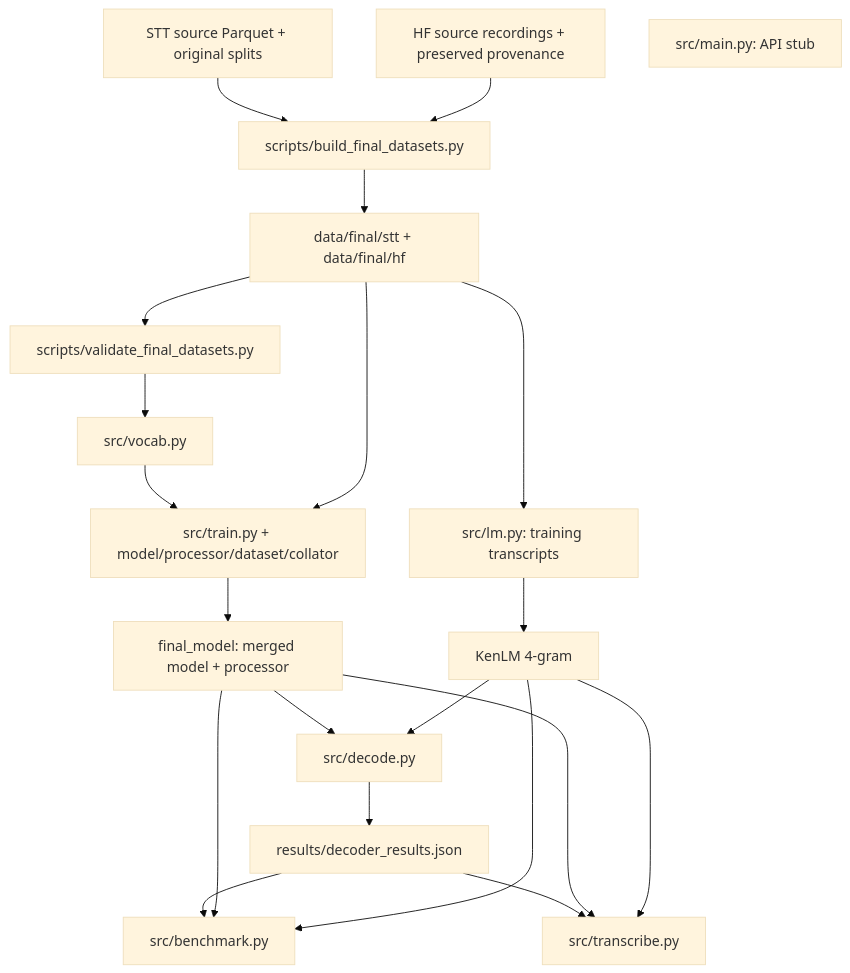
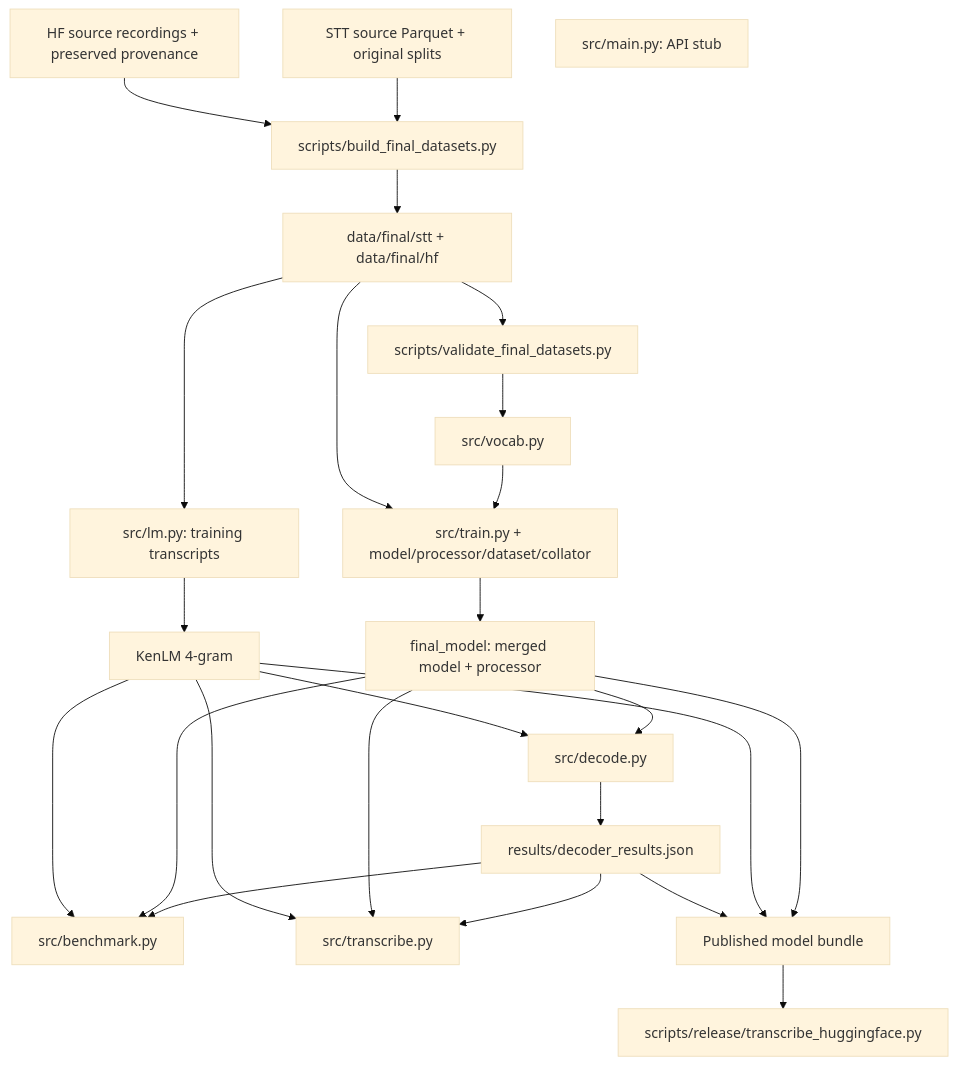
Before and after one commit to vvadr/karakalpak-stt-model: the first of 3 diagrams in docs/project_architecture.md, drawn with Mermaid (base theme). The commit also changed other lines of this file and 13 other files, not shown here.

````diff
--- a/docs/project_architecture.md
+++ b/docs/project_architecture.md
@@ -7,23 +7,27 @@
 ```mermaid
 flowchart TD
     STT[STT source Parquet + original splits] --> BUILD[scripts/build_final_datasets.py]
     HF[HF source recordings + preserved provenance] --> BUILD
     BUILD --> FINAL[data/final/stt + data/final/hf]
     FINAL --> AUDIT[scripts/validate_final_datasets.py]
     AUDIT --> VOCAB[src/vocab.py]
     VOCAB --> TRAIN[src/train.py + model/processor/dataset/collator]
     FINAL --> TRAIN
     FINAL --> LM[src/lm.py: training transcripts]
     TRAIN --> MODEL[final_model: merged model + processor]
     LM --> KENLM[KenLM 4-gram]
     MODEL --> DECODE[src/decode.py]
     KENLM --> DECODE
     DECODE --> SETTINGS[results/decoder_results.json]
     SETTINGS --> BENCH[src/benchmark.py]
     MODEL --> BENCH
     KENLM --> BENCH
     SETTINGS --> INFER[src/transcribe.py]
     MODEL --> INFER
     KENLM --> INFER
     API[src/main.py: API stub]
+    MODEL --> BUNDLE[Published model bundle]
+    KENLM --> BUNDLE
+    SETTINGS --> BUNDLE
+    BUNDLE --> HFCLIENT[scripts/release/transcribe_huggingface.py]
 ```
````
